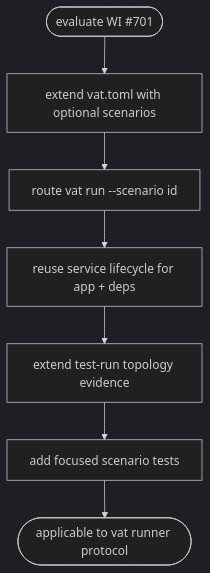
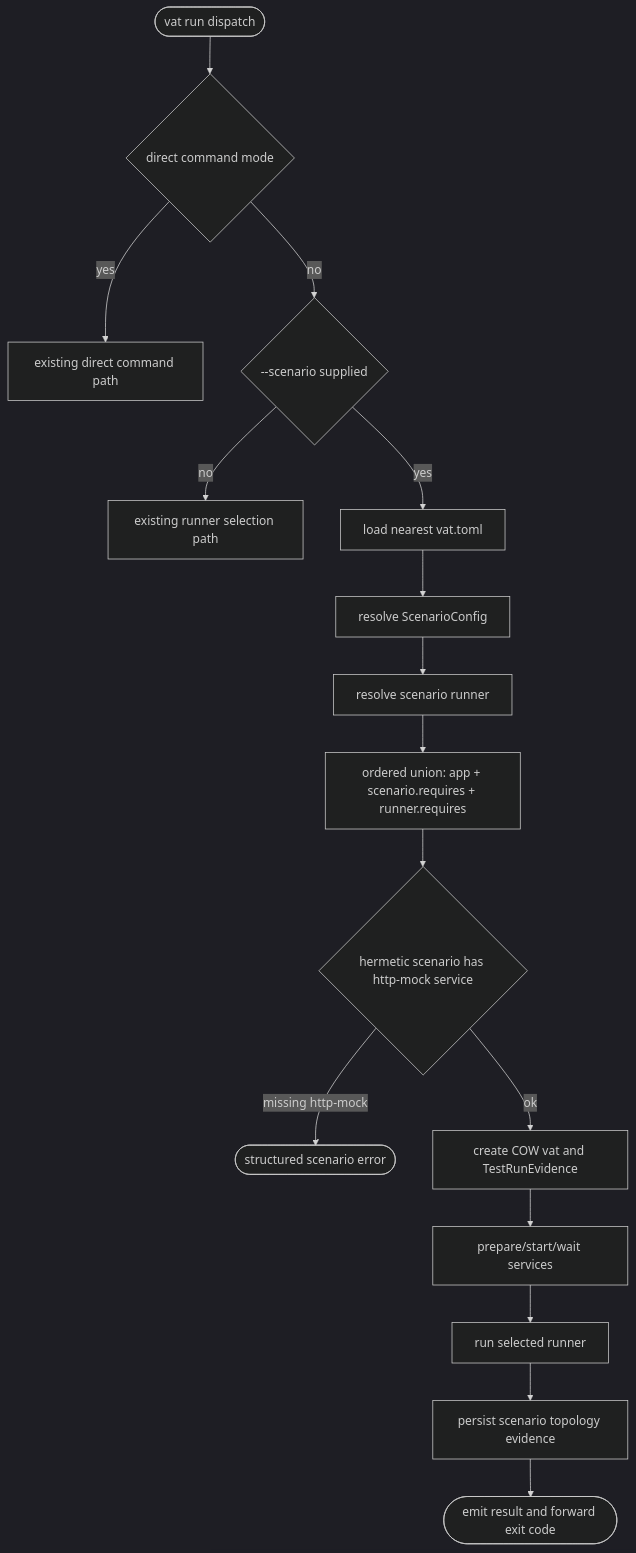
Before and after one commit to chrischeng-c4/axiom: the diagram in projects/vat/tech-design/logic/production-like-integration-scenarios.md, drawn with Mermaid (dark theme). The commit also changed other lines of this file, not shown here.

Commit message:
td(701) — contract section: logic
Lifecycle-Slug: 701
Work-Item: 701
Lifecycle-Stage: Td-Section
Lifecycle-Phase: td_contract_in_progress
Lifecycle-Pass: contract
TD-Section: logic
Previous-Phase: td_applicability_created
Next-Phase: td_contract_in_progress
Next-Command: aw td create

````diff
--- a/projects/vat/tech-design/logic/production-like-integration-scenarios.md
+++ b/projects/vat/tech-design/logic/production-like-integration-scenarios.md
@@ -19,28 +19,55 @@
 ```mermaid
 ---
-id: production-like-integration-scenarios-applicability
+id: production-like-integration-scenarios-logic
 entry: start
 nodes:
-  start: { kind: start, label: "evaluate WI #701" }
-  schema: { kind: process, label: "extend vat.toml with optional scenarios" }
-  cli: { kind: process, label: "route vat run --scenario <id>" }
-  services: { kind: process, label: "reuse service lifecycle for app + deps" }
-  evidence: { kind: process, label: "extend test-run topology evidence" }
-  tests: { kind: process, label: "add focused scenario tests" }
-  applicable: { kind: terminal, label: "applicable to vat runner protocol" }
+  start: { kind: start, label: "vat run dispatch" }
+  direct: { kind: decision, label: "direct command mode" }
+  scenario_arg: { kind: decision, label: "--scenario supplied" }
+  load_config: { kind: process, label: "load nearest vat.toml" }
+  resolve_scenario: { kind: process, label: "resolve ScenarioConfig" }
+  resolve_runner: { kind: process, label: "resolve scenario runner" }
+  service_union: { kind: process, label: "ordered union: app + scenario.requires + runner.requires" }
+  hermetic_check: { kind: decision, label: "hermetic scenario has http-mock service" }
+  create_vat: { kind: process, label: "create COW vat and TestRunEvidence" }
+  start_services: { kind: process, label: "prepare/start/wait services" }
+  run_runner: { kind: process, label: "run selected runner" }
+  topology: { kind: process, label: "persist scenario topology evidence" }
+  result: { kind: terminal, label: "emit result and forward exit code" }
+  existing_runner: { kind: process, label: "existing runner selection path" }
+  direct_run: { kind: process, label: "existing direct command path" }
+  error: { kind: terminal, label: "structured scenario error" }
 edges:
-  - { from: start, to: schema }
-  - { from: schema, to: cli }
-  - { from: cli, to: services }
-  - { from: services, to: evidence }
-  - { from: evidence, to: tests }
-  - { from: tests, to: applicable }
+  - { from: start, to: direct }
+  - { from: direct, to: direct_run, label: "yes" }
+  - { from: direct, to: scenario_arg, label: "no" }
+  - { from: scenario_arg, to: load_config, label: "yes" }
+  - { from: scenario_arg, to: existing_runner, label: "no" }
+  - { from: load_config, to: resolve_scenario }
+  - { from: resolve_scenario, to: resolve_runner }
+  - { from: resolve_runner, to: service_union }
+  - { from: service_union, to: hermetic_check }
+  - { from: hermetic_check, to: error, label: "missing http-mock" }
+  - { from: hermetic_check, to: create_vat, label: "ok" }
+  - { from: create_vat, to: start_services }
+  - { from: start_services, to: run_runner }
+  - { from: run_runner, to: topology }
+  - { from: topology, to: result }
 ---
 flowchart TD
-    start([evaluate WI #701]) --> schema[extend vat.toml with optional scenarios]
-    schema --> cli[route vat run --scenario id]
-    cli --> services[reuse service lifecycle for app + deps]
-    services --> evidence[extend test-run topology evidence]
-    evidence --> tests[add focused scenario tests]
-    tests --> applicable([applicable to vat runner protocol])
+    start([vat run dispatch]) --> direct{direct command mode}
+    direct -- yes --> direct_run[existing direct command path]
+    direct -- no --> scenario_arg{--scenario supplied}
+    scenario_arg -- no --> existing_runner[existing runner selection path]
+    scenario_arg -- yes --> load_config[load nearest vat.toml]
+    load_config --> resolve_scenario[resolve ScenarioConfig]
+    resolve_scenario --> resolve_runner[resolve scenario runner]
+    resolve_runner --> service_union[ordered union: app + scenario.requires + runner.requires]
+    service_union --> hermetic_check{hermetic scenario has http-mock service}
+    hermetic_check -- missing http-mock --> error([structured scenario error])
+    hermetic_check -- ok --> create_vat[create COW vat and TestRunEvidence]
+    create_vat --> start_services[prepare/start/wait services]
+    start_services --> run_runner[run selected runner]
+    run_runner --> topology[persist scenario topology evidence]
+    topology --> result([emit result and forward exit code])
 ```
````
